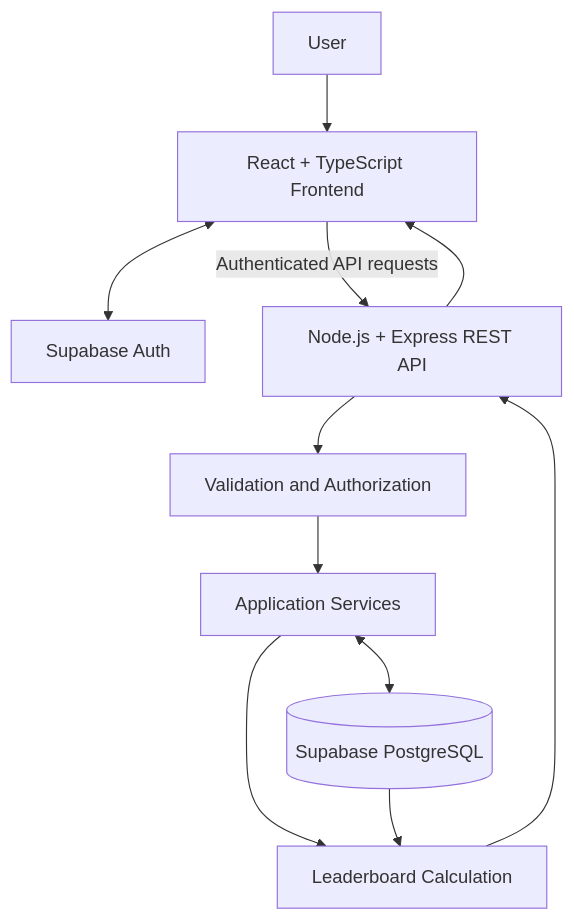
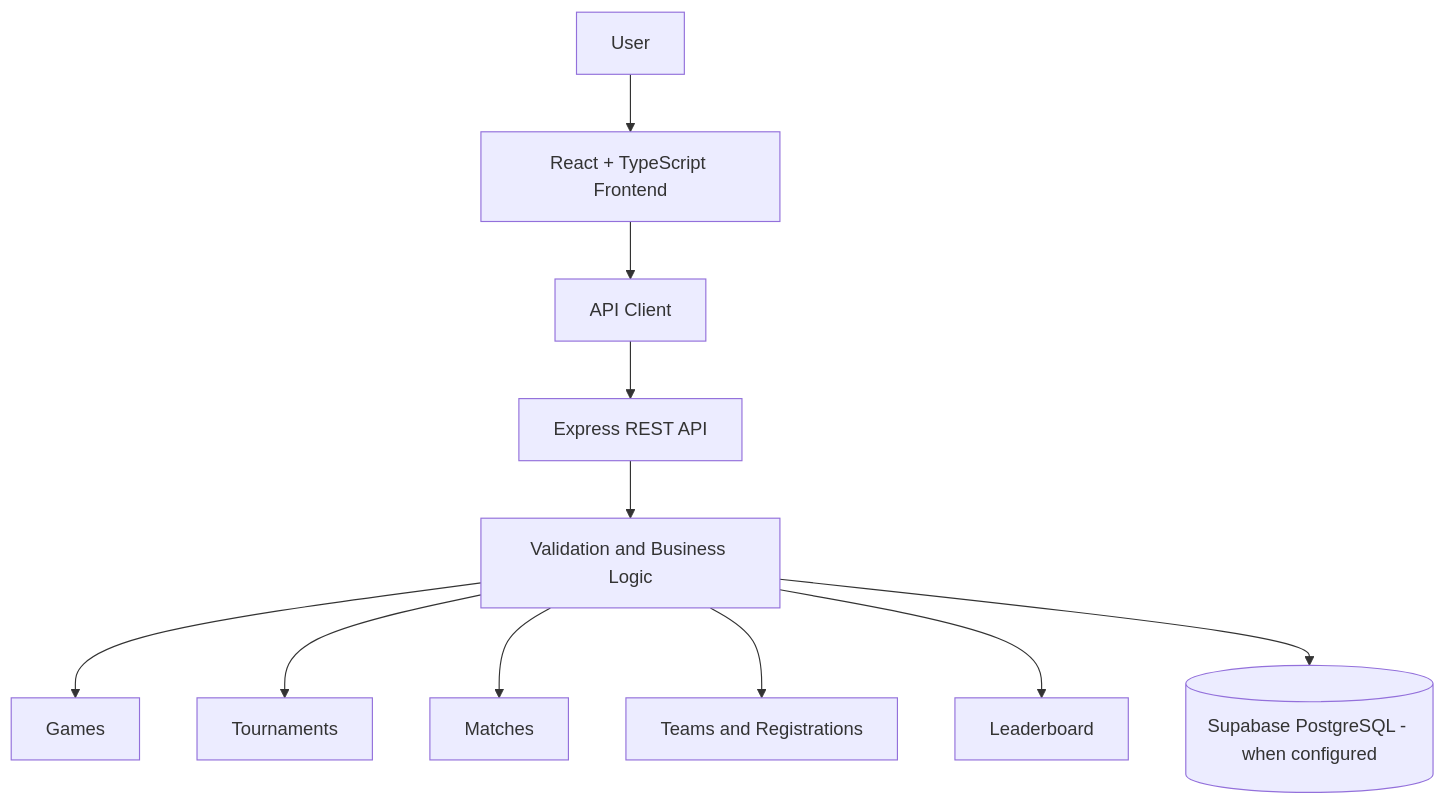
Before and after one commit to Ahad-Panhwer/ClusterHub: the diagram in README.md, drawn with Mermaid. The commit also changed other lines of this file, not shown here.

````diff
--- a/README.md
+++ b/README.md
@@ -159,22 +117,13 @@
 ```mermaid
 flowchart TD
-    U[User]
-    F[React + TypeScript Frontend]
-    A[Supabase Auth]
-    API[Node.js + Express REST API]
-    V[Validation and Authorization]
-    S[Application Services]
-    DB[(Supabase PostgreSQL)]
-    L[Leaderboard Calculation]
-
-    U --> F
-    F <--> A
-    F -->|Authenticated API requests| API
-    API --> V
-    V --> S
-    S <--> DB
-    S --> L
-    DB --> L
-    L --> API
-    API --> F
+    A[User] --> B[React + TypeScript Frontend]
+    B --> C[API Client]
+    C --> D[Express REST API]
+    D --> E[Validation and Business Logic]
+    E --> F[Games]
+    E --> G[Tournaments]
+    E --> H[Matches]
+    E --> I[Teams and Registrations]
+    E --> J[Leaderboard]
+    E --> K[(Supabase PostgreSQL - when configured)]
 ```
````
